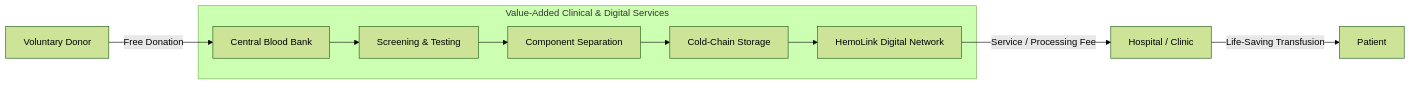
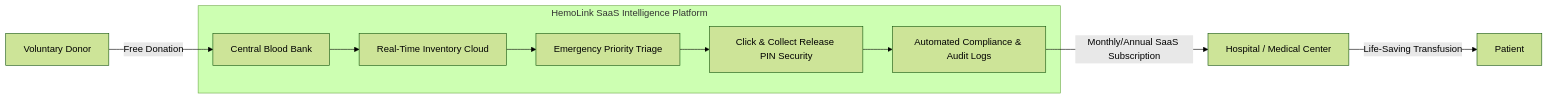
The first of 5 diagrams in why we are charging.md (beatrice-codes-sudo/Blood-Bank-Management-System), drawn with Mermaid (forest theme) before and after one commit. The commit also changed other lines of this file and 7 other files, not shown here.

Commit message:
refactor: initialize UI view variables with defaults and update documentation to reflect SaaS subscription and Click & Collect logistics

````diff
--- a/why we are charging.md
+++ b/why we are charging.md
@@ -17,12 +13,12 @@
 ```mermaid
 flowchart LR
     A[Voluntary Donor] -->|Free Donation| B[Central Blood Bank]
-    subgraph S1 [Value-Added Clinical & Digital Services]
-        B --> C[Screening & Testing]
-        C --> D[Component Separation]
-        D --> E[Cold-Chain Storage]
-        E --> F[HemoLink Digital Network]
+    subgraph S1 [HemoLink SaaS Intelligence Platform]
+        B --> C[Real-Time Inventory Cloud]
+        C --> D[Emergency Priority Triage]
+        D --> E[Click & Collect Release PIN Security]
+        E --> F[Automated Compliance & Audit Logs]
     end
-    F -->|Service / Processing Fee| G[Hospital / Clinic]
+    F -->|Monthly/Annual SaaS Subscription| G[Hospital / Medical Center]
     G -->|Life-Saving Transfusion| H[Patient]
 ```
````
